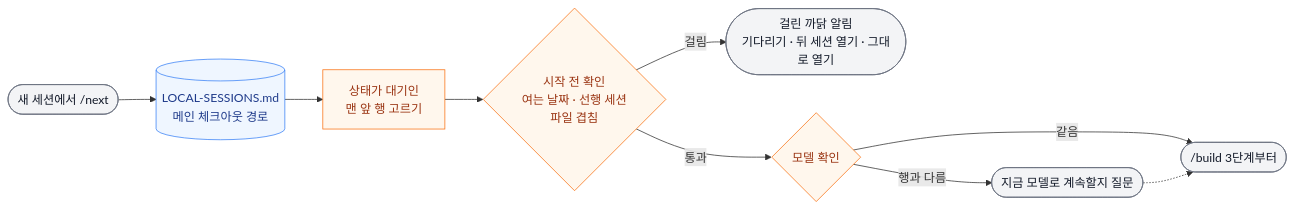
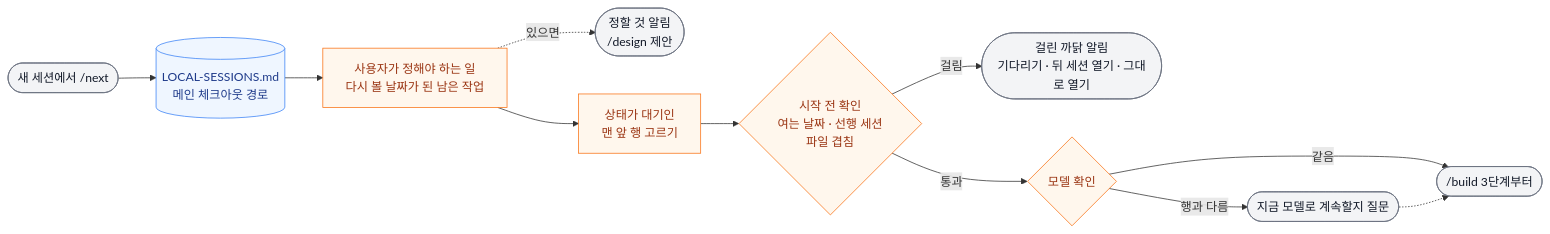
The third of 6 diagrams in workflow/skills-overview.md (hyewon3938/build-with-ai), drawn with Mermaid before and after one commit. The commit also changed 1 other file, not shown here.

Commit message:
docs(workflow): 남은 작업에 넣는 기준과 /next 알림 단계를 흐름 문서에 반영한다

````diff
--- a/workflow/skills-overview.md
+++ b/workflow/skills-overview.md
@@ -93,19 +93,21 @@
 ```mermaid
 graph LR
     Q(["새 세션에서 /next"]) --> RD[("LOCAL-SESSIONS.md<br/>메인 체크아웃 경로")]
-    RD --> PK["상태가 대기인<br/>맨 앞 행 고르기"]
+    RD --> DU["사용자가 정해야 하는 일<br/>다시 볼 날짜가 된 남은 작업"]
+    DU -.있으면.-> DS(["정할 것 알림<br/>/design 제안"])
+    DU --> PK["상태가 대기인<br/>맨 앞 행 고르기"]
     PK --> CK{"시작 전 확인<br/>여는 날짜 · 선행 세션<br/>파일 겹침"}
     CK -->|걸림| ASK(["걸린 까닭 알림<br/>기다리기 · 뒤 세션 열기 · 그대로 열기"])
     CK -->|통과| MD{"모델 확인"}
     MD -->|행과 다름| ASK2(["지금 모델로 계속할지 질문"])
     MD -->|같음| BD(["/build 3단계부터"])
     ASK2 -.-> BD
 
     classDef io fill:#f3f4f6,stroke:#6b7280,color:#111827
     classDef judge fill:#fff7ed,stroke:#f97316,color:#9a3412
     classDef private fill:#eff6ff,stroke:#3b82f6,color:#1e3a8a
 
-    class Q,ASK,ASK2,BD io
-    class PK,CK,MD judge
+    class Q,ASK,ASK2,BD,DS io
+    class DU,PK,CK,MD judge
     class RD private
 ```
````
